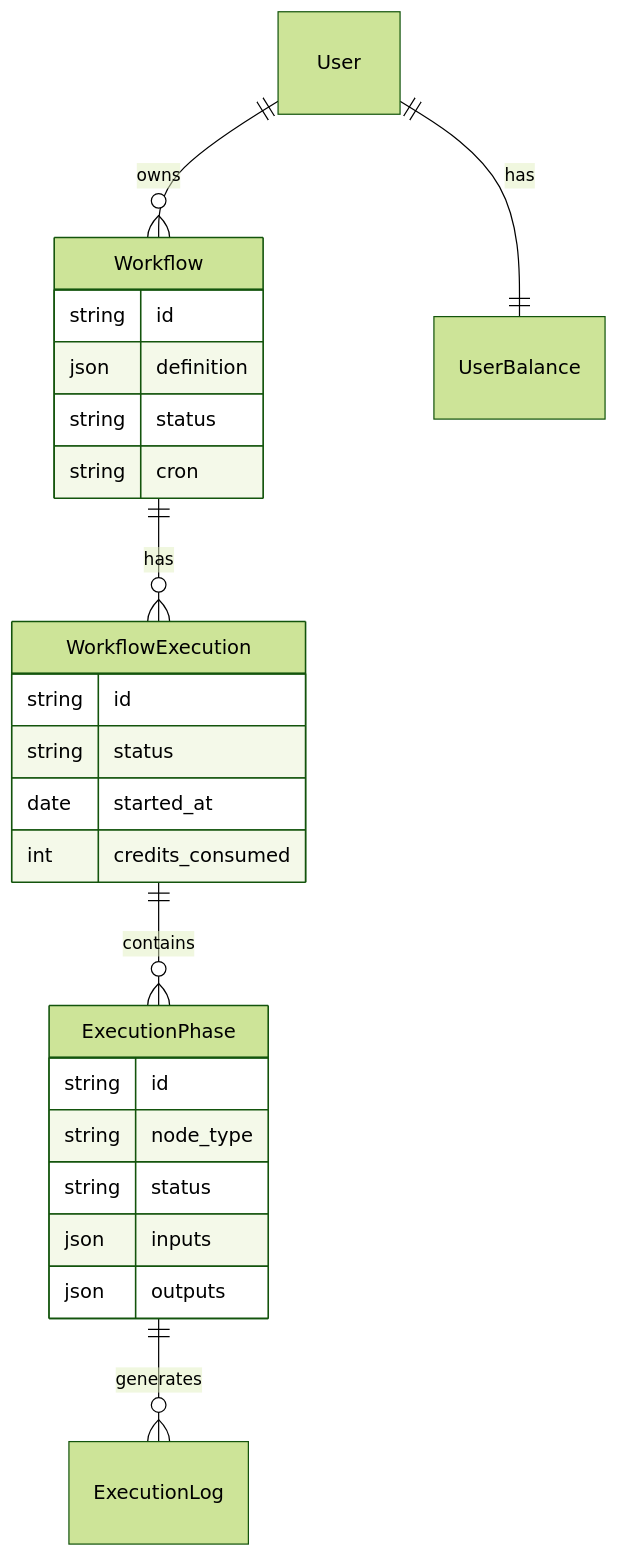
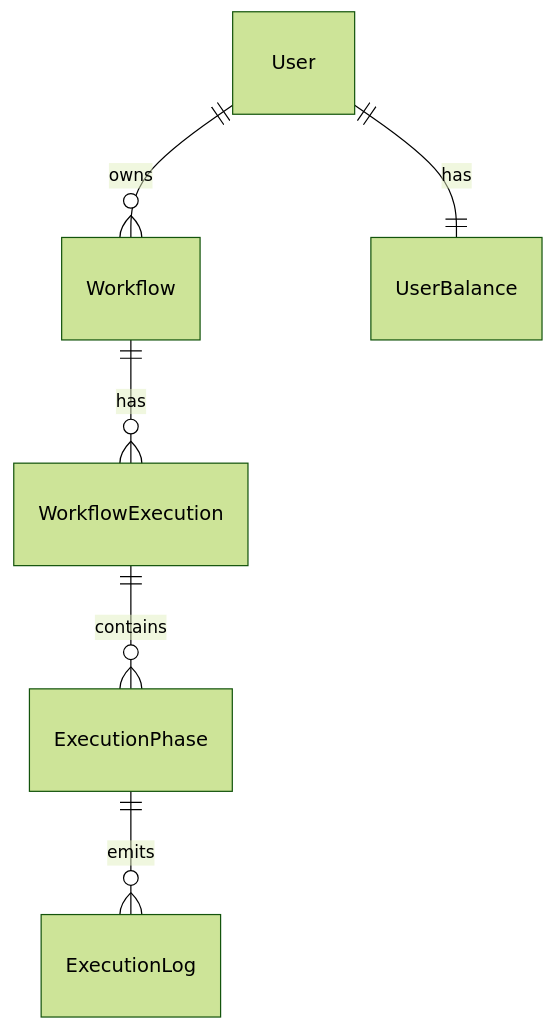
One commit to abhisek343/AIScrape changed the fourth of 4 diagrams in SYSTEM_DESIGN.md. Above: the diagram before and after it, drawn with Mermaid (forest theme). The commit also changed other lines of this file, not shown here.

Commit message:
docs: align system design with current architecture

````diff
--- a/SYSTEM_DESIGN.md
+++ b/SYSTEM_DESIGN.md
@@ -59,30 +121,8 @@
 ```mermaid
 erDiagram
     User ||--o{ Workflow : owns
     Workflow ||--o{ WorkflowExecution : has
     WorkflowExecution ||--o{ ExecutionPhase : contains
-    ExecutionPhase ||--o{ ExecutionLog : generates
+    ExecutionPhase ||--o{ ExecutionLog : emits
     User ||--|| UserBalance : has
-
-    Workflow {
-        string id
-        json definition
-        string status
-        string cron
-    }
-
-    WorkflowExecution {
-        string id
-        string status
-        date started_at
-        int credits_consumed
-    }
-
-    ExecutionPhase {
-        string id
-        string node_type
-        string status
-        json inputs
-        json outputs
-    }
 ```
````
